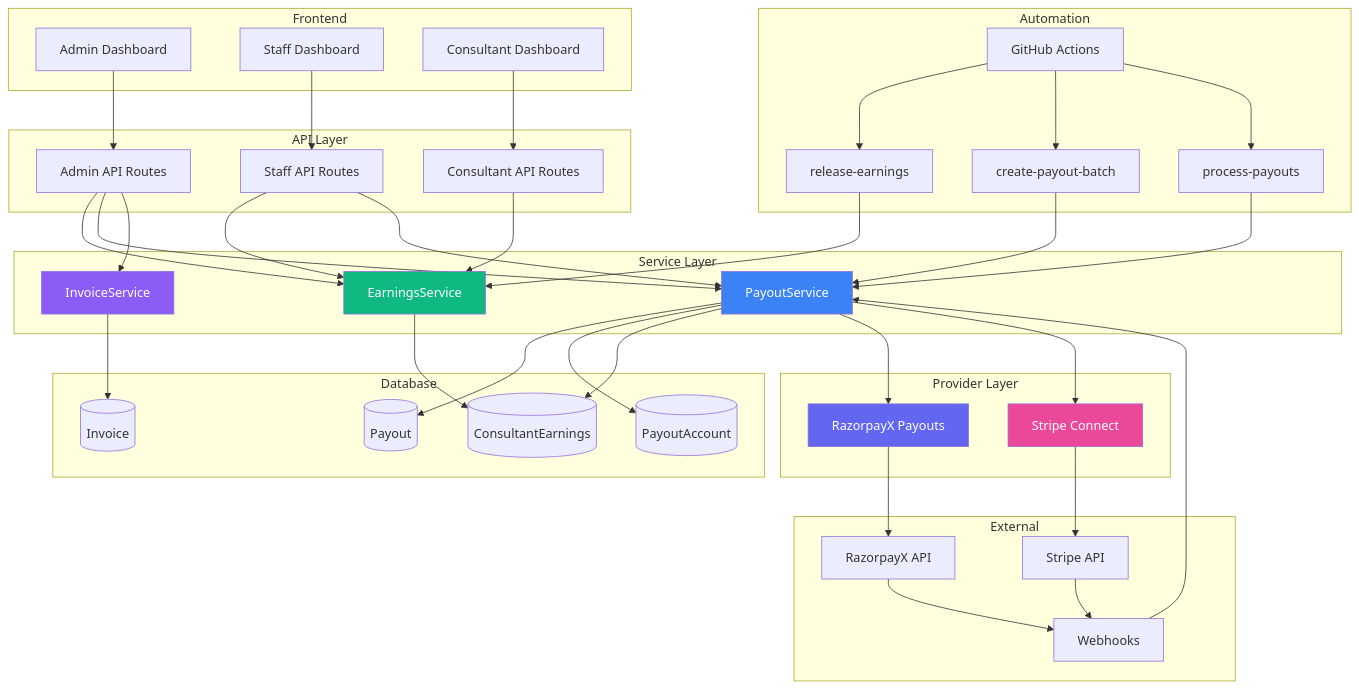
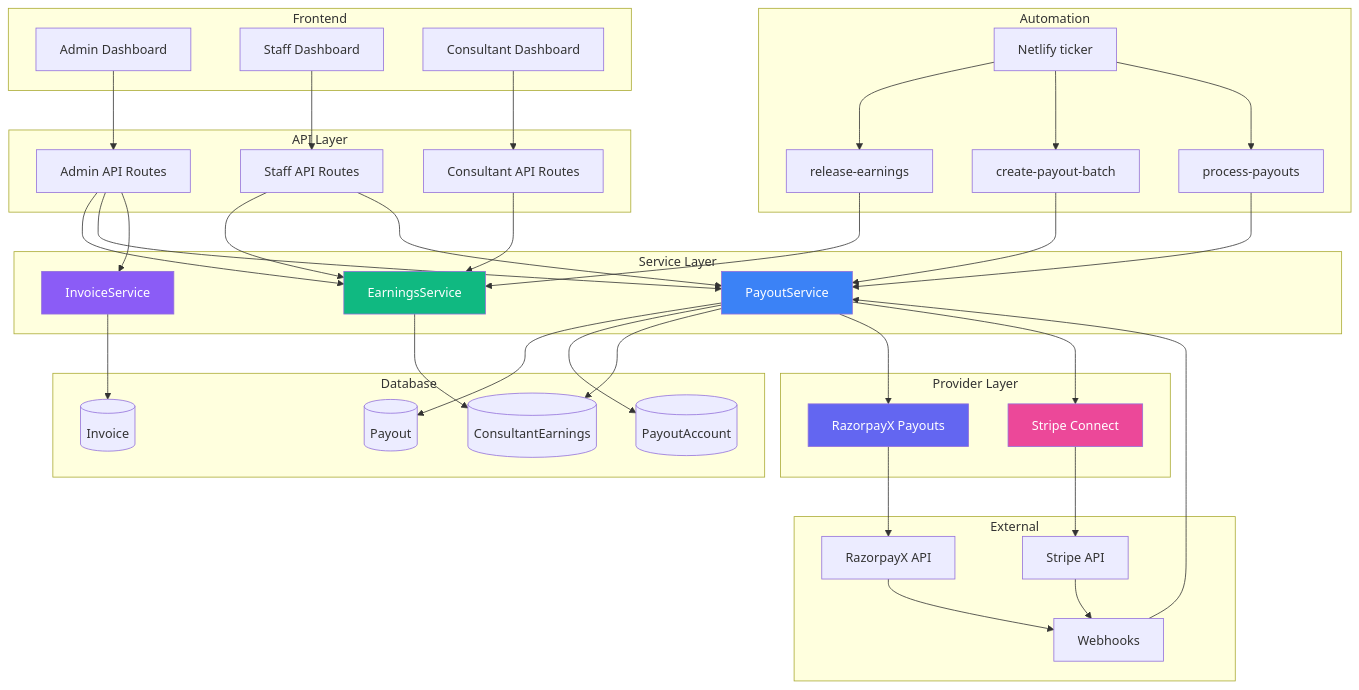
Before and after one commit to Practitionist/familiarise_web: the first of 9 diagrams in docs/payments/payouts/01-architecture.md, drawn with Mermaid. The commit also changed other lines of this file and 34 other files, not shown here.

````diff
--- a/docs/payments/payouts/01-architecture.md
+++ b/docs/payments/payouts/01-architecture.md
@@ -11,76 +11,76 @@
 ```mermaid
 graph TB
     subgraph "Frontend"
         AD[Admin Dashboard]
         SD[Staff Dashboard]
         CD[Consultant Dashboard]
     end
 
     subgraph "API Layer"
         AA[Admin API Routes]
         SA[Staff API Routes]
         CA[Consultant API Routes]
     end
 
     subgraph "Service Layer"
         ES[EarningsService]
         PS[PayoutService]
         IS[InvoiceService]
     end
 
     subgraph "Provider Layer"
         RX[RazorpayX Payouts]
         SC[Stripe Connect]
     end
 
     subgraph "Automation"
-        GH[GitHub Actions]
+        GH[Netlify ticker]
         S1[release-earnings]
         S2[create-payout-batch]
         S3[process-payouts]
     end
 
     subgraph "Database"
         CE[(ConsultantEarnings)]
         PO[(Payout)]
         PA[(PayoutAccount)]
         IN[(Invoice)]
     end
 
     subgraph "External"
         RXA[RazorpayX API]
         SCA[Stripe API]
         WH[Webhooks]
     end
 
     AD --> AA
     SD --> SA
     CD --> CA
 
     AA --> ES & PS & IS
     SA --> ES & PS
     CA --> ES
 
     ES --> CE
     PS --> PO & PA & CE
     IS --> IN
 
     PS --> RX & SC
     RX --> RXA
     SC --> SCA
 
     GH --> S1 & S2 & S3
     S1 --> ES
     S2 --> PS
     S3 --> PS
 
     RXA --> WH
     SCA --> WH
     WH --> PS
 
     style ES fill:#10b981,color:#fff
     style PS fill:#3b82f6,color:#fff
     style IS fill:#8b5cf6,color:#fff
     style RX fill:#6366f1,color:#fff
     style SC fill:#ec4899,color:#fff
 ```
````
